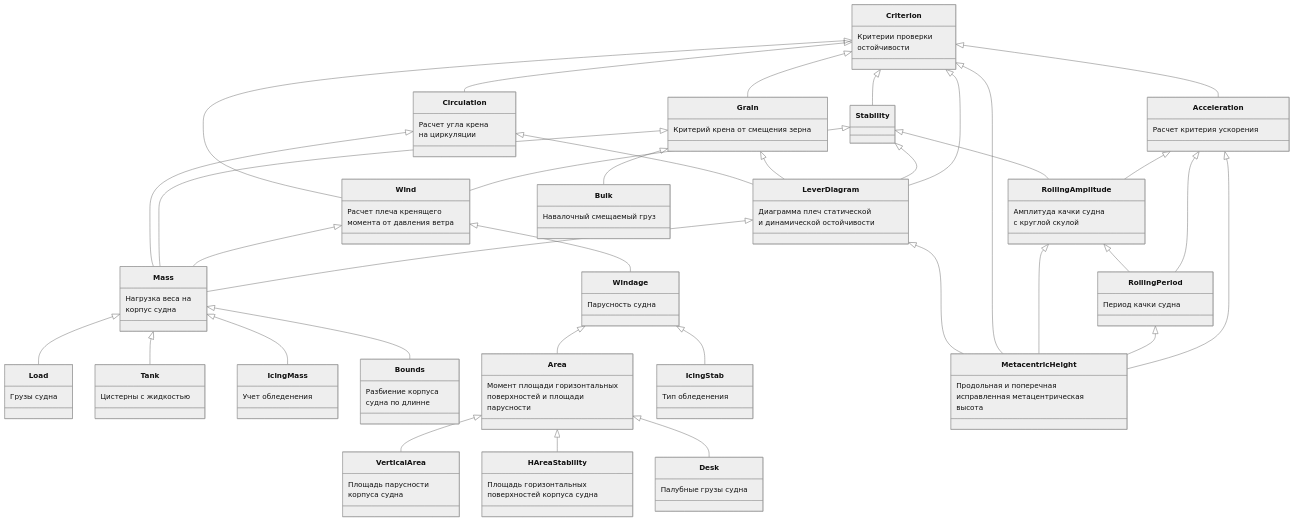
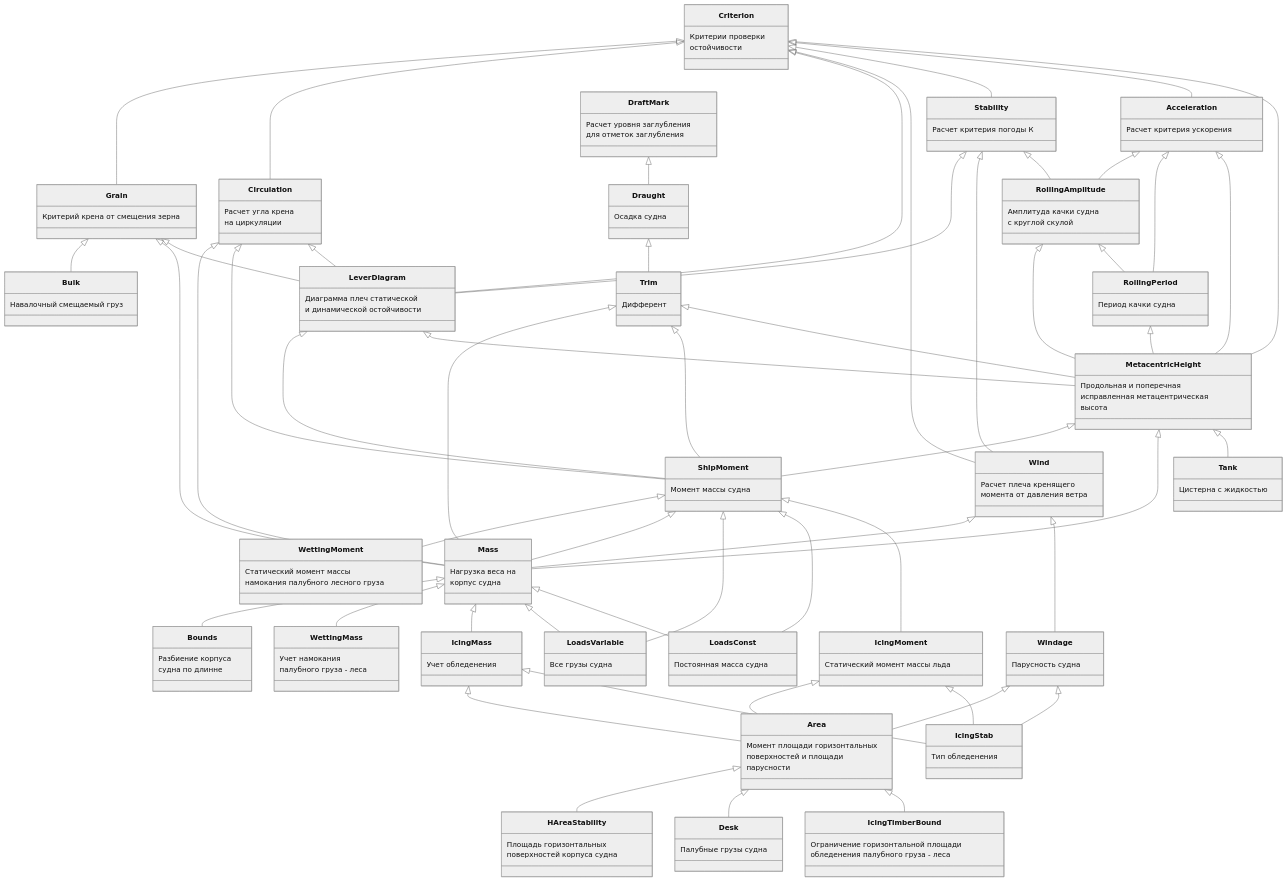
Before and after one commit to a-givertzman/sss-computing-strength: the second of 2 diagrams in README.md, drawn with Mermaid (neutral theme). The commit also changed other lines of this file, not shown here.

Commit message:
Back | fix readme

````diff
--- a/README.md
+++ b/README.md
@@ -106,6 +142,9 @@
     class Criterion{   
         Критерии проверки 
         остойчивости
+    }
+    class Stability{   
+        Расчет критерия погоды К
     }
     class Wind{   
         Расчет плеча кренящего
@@ -118,14 +157,34 @@
         Нагрузка веса на
         корпус судна
     }
-    class Load{
-        Грузы судна
+    class ShipMoment{
+        Момент массы судна
     }
-    class Tank{
-        Цистерны с жидкостью
+    class IcingMoment{
+        Статический момент массы льда
+    }
+    class WettingMoment{
+        Статический момент массы 
+        намокания палубного лесного груза
+    }
+    class LoadsConst{
+        Постоянная масса судна
+    }
+    class LoadsVariable{
+        Все грузы судна
     }
     class IcingMass{
         Учет обледенения
+    }
+    class WettingMass{
+        Учет намокания 
+        палубного груза - леса
+    }
+    class Desk{   
+        Палубные грузы судна
+    }
+    class Tank{
+        Цистерна с жидкостью
     }
     class Bounds{   
         Разбиение корпуса
@@ -136,19 +195,16 @@
         поверхностей и площади 
         парусности
     }
-    class VerticalArea{   
-        Площадь парусности
-        корпуса судна
-    }
     class HAreaStability{   
         Площадь горизонтальных
         поверхностей корпуса судна
     }
-    class Desk{   
-        Палубные грузы судна
-    }
     class IcingStab{   
         Тип обледенения
+    }
+    class IcingTimberBound{   
+        Ограничение горизонтальной площади 
+        обледенения палубного груза - леса
     }
     class LeverDiagram{   
         Диаграмма плеч статической
@@ -179,38 +235,76 @@
     class Bulk{   
         Навалочный смещаемый груз
     }
+    class DraftMark{
+        Расчет уровня заглубления 
+        для отметок заглубления
+    }
+    class Draught{
+        Осадка судна
+    }
+    class Trim{   
+        Дифферент
+    } 
+
+    Criterion <|-- Grain  
+        Grain <|-- Bulk
+        Grain <|-- Mass 
+            Mass <|-- Bounds        
+            Mass <|-- WettingMass
+        Grain <|-- LeverDiagram  
+    
+    Criterion <|-- Circulation
+        Circulation <|-- Mass        
+        Circulation <|-- ShipMoment  
+        Circulation <|-- LeverDiagram
+
+    Criterion <|-- LeverDiagram 
+        LeverDiagram <|-- ShipMoment 
+            ShipMoment <|-- WettingMoment
+            ShipMoment <|-- Mass
+                Mass <|-- IcingMass 
+                    IcingMass <|-- Area   
+                        Area <|-- HAreaStability
+                        Area <|-- Desk  
+                        Area <|-- IcingTimberBound            
+                IcingMass <|-- IcingStab
+                Mass <|-- LoadsVariable 
+                Mass <|-- LoadsConst                                
+            ShipMoment <|-- LoadsVariable            
+            ShipMoment <|-- LoadsConst
+        LeverDiagram <|-- MetacentricHeight 
+                   
+    Criterion <|-- Wind
+        Wind <|-- Mass  
+        Wind <|-- Windage
+            Windage <|-- Area
+            Windage <|-- IcingStab
+
     Criterion <|-- Stability
-    Criterion <|-- Grain     
-    Criterion <|-- Wind    
+        Stability <|-- LeverDiagram    
+        Stability <|-- Wind
+        Stability <|-- RollingAmplitude
+            RollingAmplitude <|-- MetacentricHeight
+            RollingAmplitude <|-- RollingPeriod
+            RollingPeriod <|-- MetacentricHeight
+
+    
     Criterion <|-- Acceleration
-    Criterion <|-- Circulation
-    Stability <|-- RollingAmplitude
-    Stability <|-- Wind
-    Circulation <|-- Mass
-    Grain <|-- Mass
-    Wind <|-- Mass
-    Circulation <|-- LeverDiagram
-    Grain <|-- LeverDiagram
-    Stability <|-- LeverDiagram    
-    Criterion <|-- LeverDiagram
-    LeverDiagram <|-- Mass    
-    LeverDiagram <|-- MetacentricHeight
+        Acceleration <|-- RollingAmplitude
+        Acceleration <|-- RollingPeriod
+        Acceleration <|-- MetacentricHeight         
+
     Criterion <|-- MetacentricHeight
-    Wind <|-- Windage
-    Mass <|-- Load
-    Mass <|-- Tank
-    Mass <|-- IcingMass 
-    Mass <|-- Bounds
-    Windage <|-- Area
-    Windage <|-- IcingStab
-    Area <|-- VerticalArea
-    Area <|-- HAreaStability
-    Area <|-- Desk  
-    RollingAmplitude <|-- MetacentricHeight
-    RollingAmplitude <|-- RollingPeriod
-    RollingPeriod <|-- MetacentricHeight
-    Acceleration <|-- RollingAmplitude
-    Acceleration <|-- MetacentricHeight 
-    Acceleration <|-- RollingPeriod
-    Grain <|-- Bulk
+        MetacentricHeight <|-- ShipMoment
+        MetacentricHeight <|-- Mass                
+        MetacentricHeight <|-- Tank
+
+    DraftMark <|-- Draught
+        Draught <|-- Trim
+            Trim <|-- Mass         
+            Trim <|-- ShipMoment
+                ShipMoment <|-- IcingMoment
+                    IcingMoment <|-- Area        
+                    IcingMoment <|-- IcingStab                                                          
+            Trim <|-- MetacentricHeight 
 ```
````
